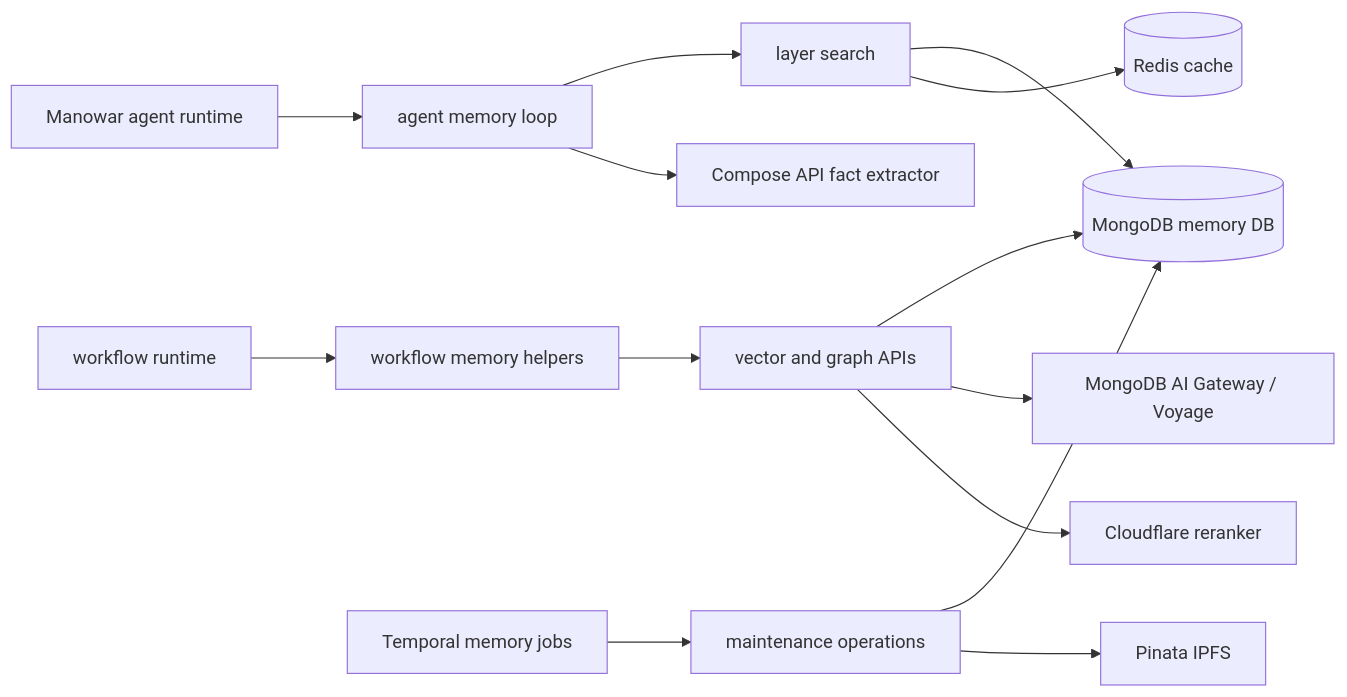
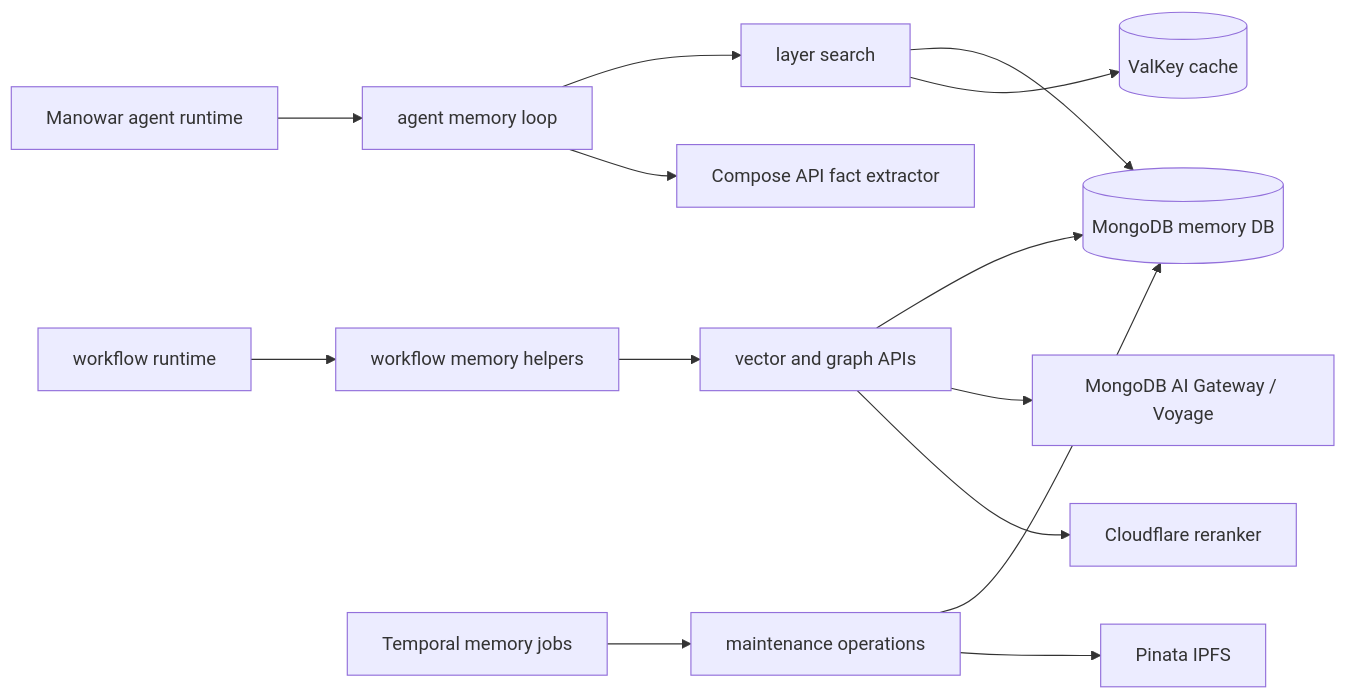
One commit to compose-market/docs changed the diagram in manowar/memory/architecture.mdx. Above: the diagram before and after it, drawn with Mermaid. The commit also changed other lines of this file and 57 other files, not shown here.

````diff
--- a/manowar/memory/architecture.mdx
+++ b/manowar/memory/architecture.mdx
@@ -10,16 +10,16 @@
 ```mermaid
 flowchart LR
   Runtime[Manowar agent runtime] --> Loop[agent memory loop]
   Workflow[workflow runtime] --> WMem[workflow memory helpers]
   Loop --> Layers[layer search]
   WMem --> Vectors[vector and graph APIs]
   Layers --> Mongo[(MongoDB memory DB)]
   Vectors --> Mongo
-  Layers --> Redis[(Redis cache)]
+  Layers --> ValKey[(ValKey cache)]
   Vectors --> Embed[MongoDB AI Gateway / Voyage]
   Vectors --> Rerank[Cloudflare reranker]
   Loop --> Extract[Compose API fact extractor]
   Jobs[Temporal memory jobs] --> Ops[maintenance operations]
   Ops --> Mongo
   Ops --> Pinata[Pinata IPFS]
 ```
````
